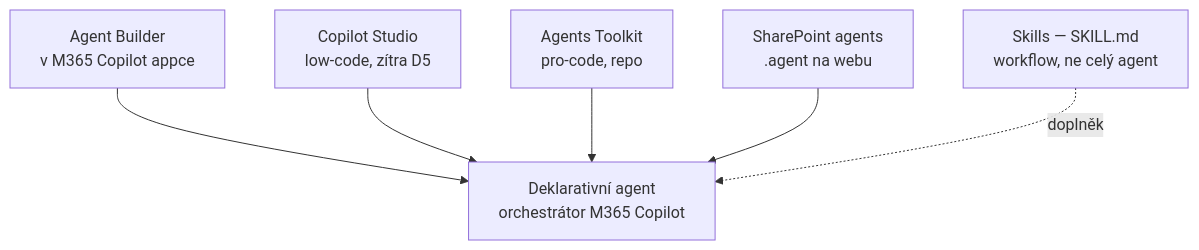
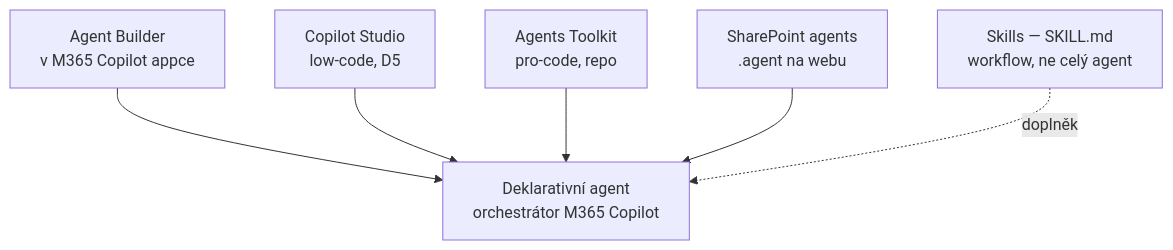
One commit to MalasekPetr/gopas-goc224 changed the diagram in day-4/copilot-agents/README.md. Above: the diagram before and after it, drawn with Mermaid. The commit also changed other lines of this file and 15 other files, not shown here.

````diff
--- a/day-4/copilot-agents/README.md
+++ b/day-4/copilot-agents/README.md
@@ -20,9 +22,9 @@
 ```mermaid
 flowchart TB
   DA[Deklarativní agent<br>orchestrátor M365 Copilot]
   AB[Agent Builder<br>v M365 Copilot appce] --> DA
-  CS[Copilot Studio<br>low-code, zítra D5] --> DA
+  CS[Copilot Studio<br>low-code, D5] --> DA
   ATK[Agents Toolkit<br>pro-code, repo] --> DA
   SPA[SharePoint agents<br>.agent na webu] --> DA
   SK[Skills — SKILL.md<br>workflow, ne celý agent] -.doplněk.-> DA
 ```
````
